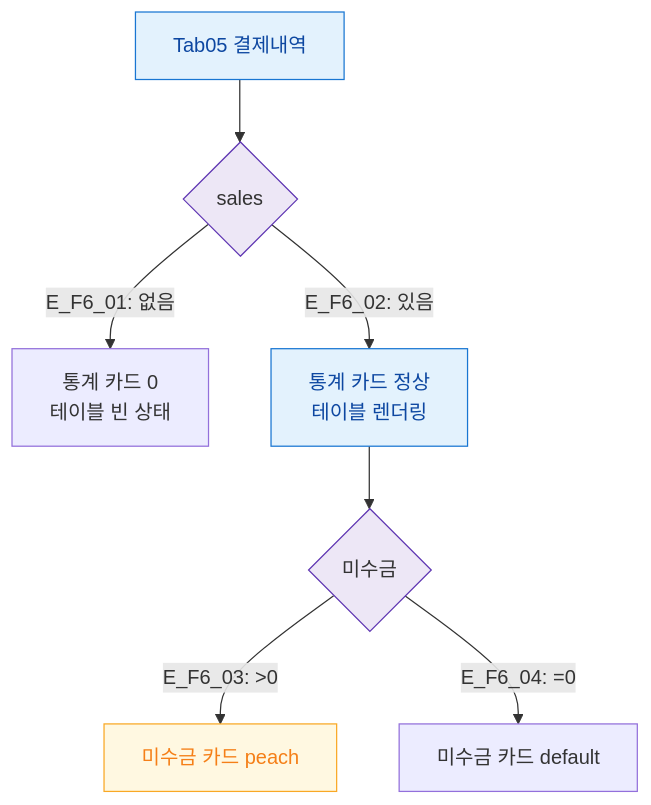
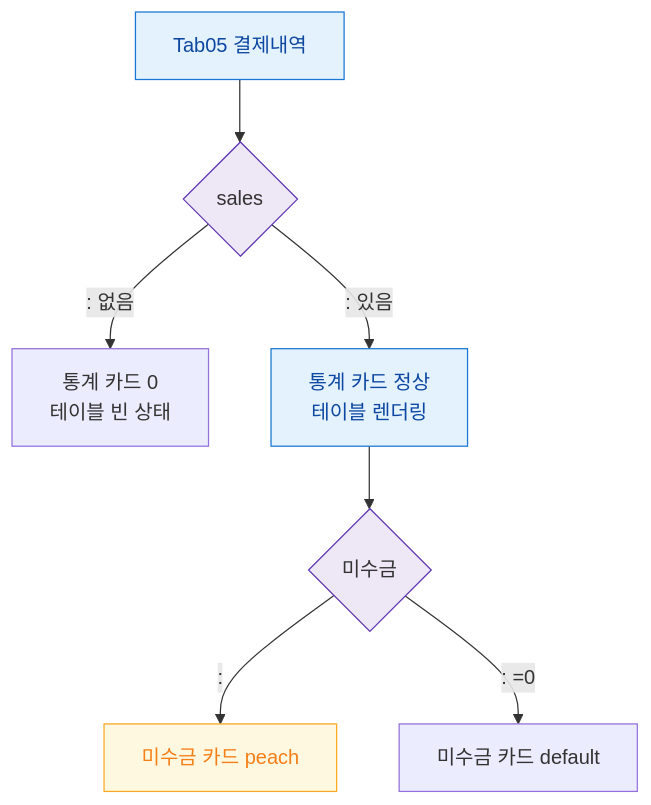
Before and after one commit to dev-spogym/admin-pando: the diagram in docs/다이어그램/D02_회원관리/SCR-M004_회원상세/Tab05_결제내역/F6_상태별.md, drawn with Mermaid. The commit also changed other lines of this file and 1660 other files, not shown here.

First line of the commit message:
다이어그램: 기획자/클라이언트 납품본으로 정리

````diff
--- a/docs/다이어그램/D02_회원관리/SCR-M004_회원상세/Tab05_결제내역/F6_상태별.md
+++ b/docs/다이어그램/D02_회원관리/SCR-M004_회원상세/Tab05_결제내역/F6_상태별.md
@@ -22,17 +20,17 @@
 ```mermaid
 flowchart TD
   TAB[Tab05 결제내역] --> DATA{sales}
-  DATA -->|"E_F6_01: 없음"| EMPTY[통계 카드 0\n테이블 빈 상태]
-  DATA -->|"E_F6_02: 있음"| NORMAL[통계 카드 정상\n테이블 렌더링]
+  DATA -->|": 없음"|EMPTY[통계 카드 0\n테이블 빈 상태]
+  DATA -->|": 있음"|NORMAL[통계 카드 정상\n테이블 렌더링]
 
   NORMAL --> UNPAID{미수금}
-  UNPAID -->|"E_F6_03: >0"| PEACH[미수금 카드 peach]
-  UNPAID -->|"E_F6_04: =0"| DEFAULT_C[미수금 카드 default]
+  UNPAID -->|":"|PEACH[미수금 카드 peach]
+  UNPAID -->|": =0"|DEFAULT_C[미수금 카드 default]
 
   classDef screen fill:#E3F2FD,stroke:#1976D2,color:#0D47A1
   classDef system fill:#EDE7F6,stroke:#5E35B2
   classDef warning fill:#FFF8E1,stroke:#F9A825,color:#F57F17
   class TAB,NORMAL screen
   class DATA,UNPAID system
   class PEACH warning
 ```
````
